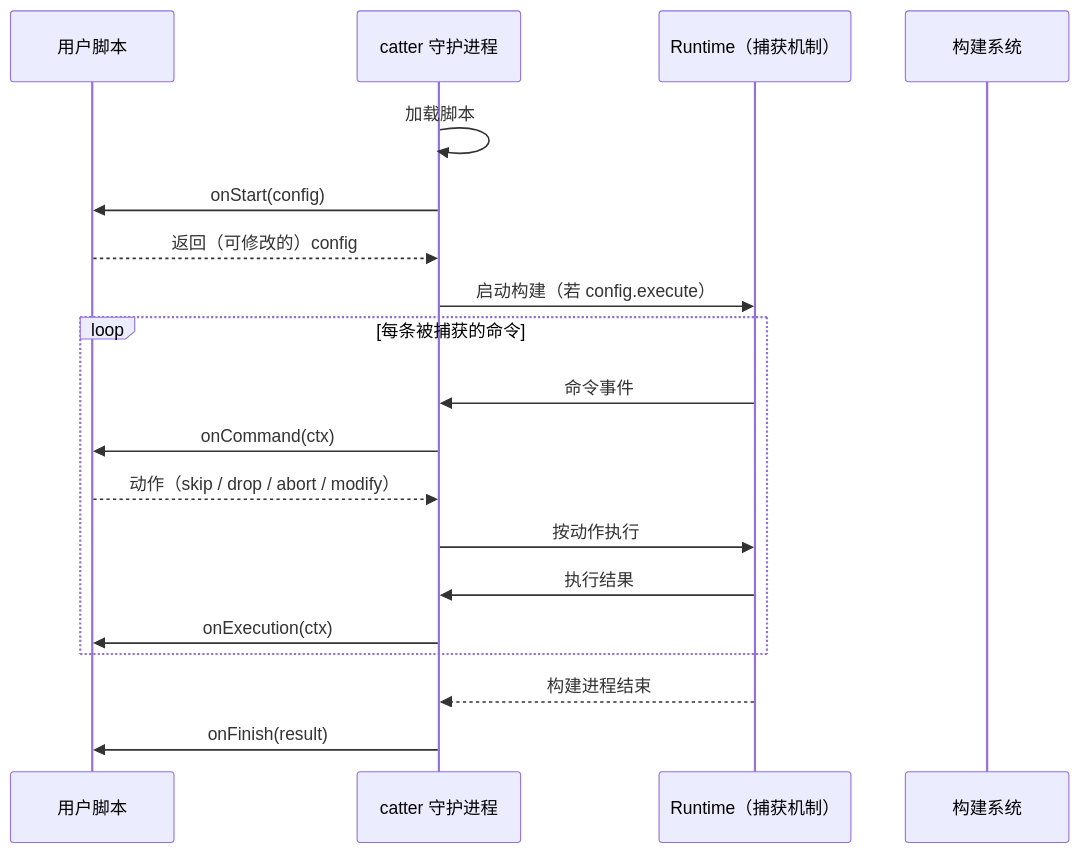
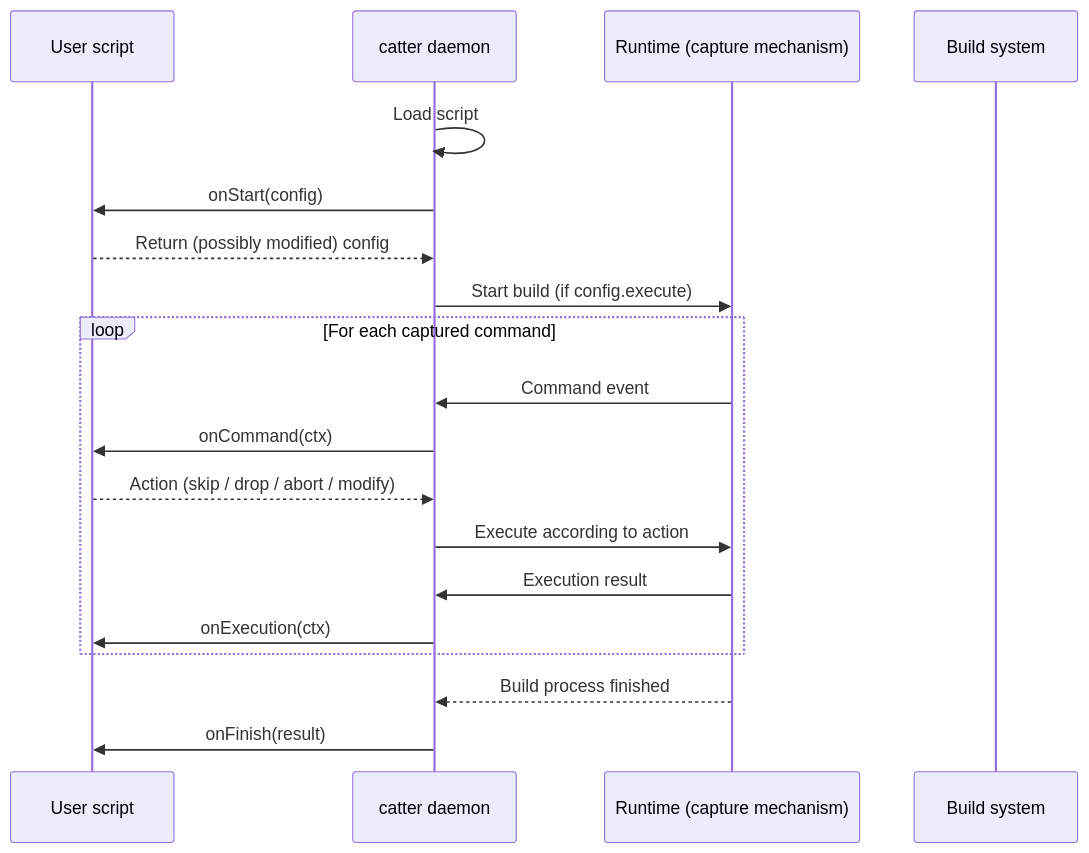
One commit to clice-io/docs changed the diagram in zh/catter/design/architecture.md. Above: the diagram before and after it, drawn with Mermaid. The commit also changed other lines of this file and 11 other files, not shown here.

````diff
--- a/zh/catter/design/architecture.md
+++ b/zh/catter/design/architecture.md
@@ -28,22 +28,22 @@
 ```mermaid
 sequenceDiagram
-    participant Script as 用户脚本
-    participant Catter as catter 守护进程
-    participant Runtime as Runtime（捕获机制）
-    participant Build as 构建系统
+    participant Script as User script
+    participant Catter as catter daemon
+    participant Runtime as Runtime (capture mechanism)
+    participant Build as Build system
 
-    Catter->>Catter: 加载脚本
+    Catter->>Catter: Load script
     Catter->>Script: onStart(config)
-    Script-->>Catter: 返回（可修改的）config
-    Catter->>Runtime: 启动构建（若 config.execute）
-    loop 每条被捕获的命令
-        Runtime->>Catter: 命令事件
+    Script-->>Catter: Return (possibly modified) config
+    Catter->>Runtime: Start build (if config.execute)
+    loop For each captured command
+        Runtime->>Catter: Command event
         Catter->>Script: onCommand(ctx)
-        Script-->>Catter: 动作（skip / drop / abort / modify）
-        Catter->>Runtime: 按动作执行
-        Runtime->>Catter: 执行结果
+        Script-->>Catter: Action (skip / drop / abort / modify)
+        Catter->>Runtime: Execute according to action
+        Runtime->>Catter: Execution result
         Catter->>Script: onExecution(ctx)
     end
-    Runtime-->>Catter: 构建进程结束
+    Runtime-->>Catter: Build process finished
     Catter->>Script: onFinish(result)
 ```
````
